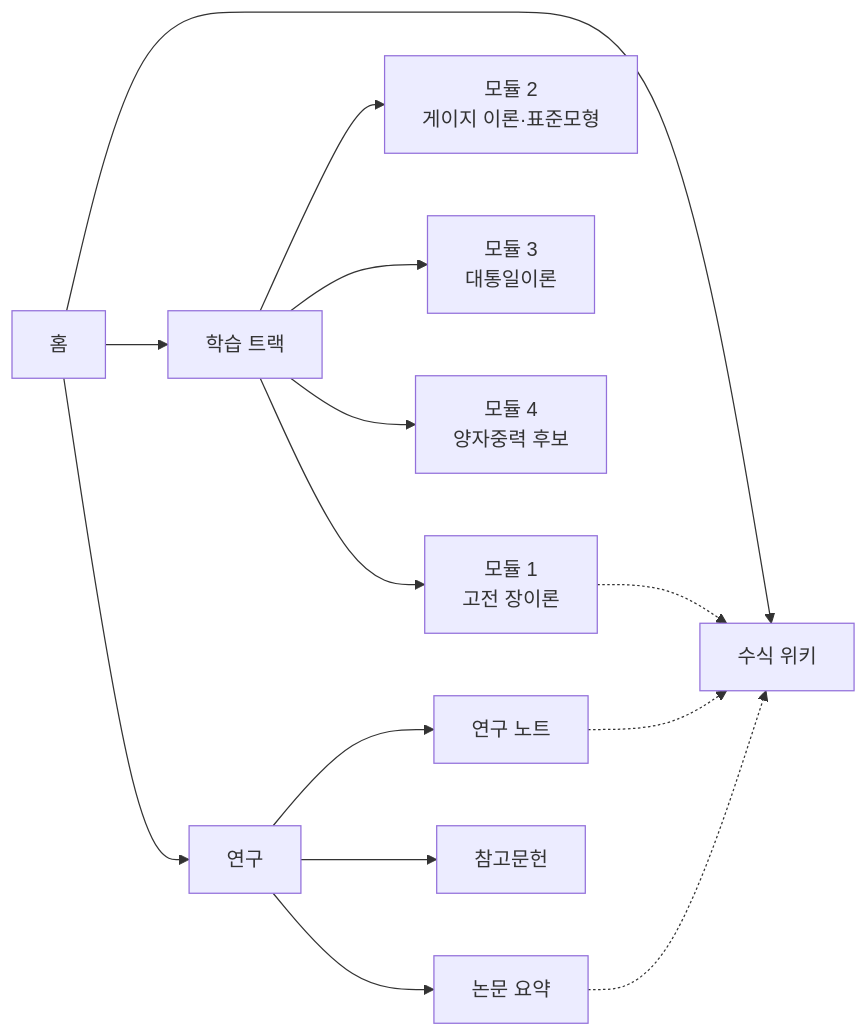
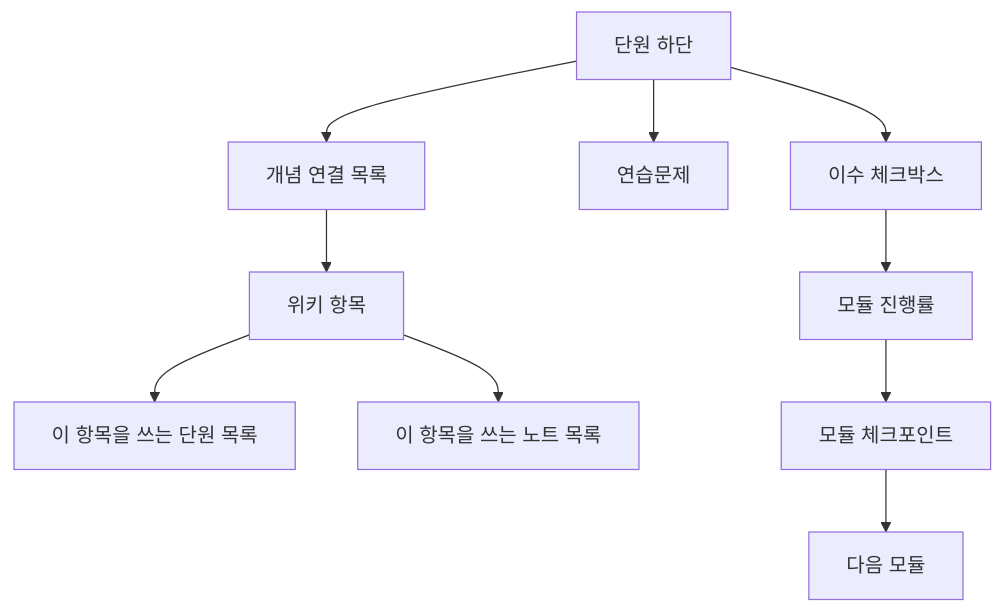
The second of 2 diagrams in docs/PRD.md (junlee915-star/UFT), drawn with Mermaid before and after one commit. The commit also changed other lines of this file and 3 other files, not shown here.

````diff
--- a/docs/PRD.md
+++ b/docs/PRD.md
@@ -67,16 +404,12 @@
 ```mermaid
-flowchart LR
-  Home[홈] --> Learn[학습 트랙]
-  Home --> Research[연구]
-  Home --> Wiki[수식 위키]
-  Learn --> M1[모듈 1<br/>고전 장이론]
-  Learn --> M2[모듈 2<br/>게이지 이론·표준모형]
-  Learn --> M3[모듈 3<br/>대통일이론]
-  Learn --> M4[모듈 4<br/>양자중력 후보]
-  Research --> Notes[연구 노트]
-  Research --> Papers[논문 요약]
-  Research --> Bib[참고문헌]
-  M1 -.-> Wiki
-  Notes -.-> Wiki
-  Papers -.-> Wiki
+flowchart TD
+  H[단원 하단] --> N1[개념 연결 목록]
+  H --> N2[연습문제]
+  H --> N3[이수 체크박스]
+  N1 --> W[위키 항목]
+  W --> B1[이 항목을 쓰는 단원 목록]
+  W --> B2[이 항목을 쓰는 노트 목록]
+  N3 --> P[모듈 진행률]
+  P --> CP[모듈 체크포인트]
+  CP --> NX[다음 모듈]
 ```
````
